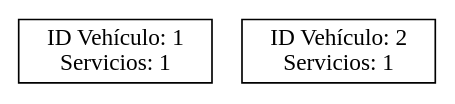
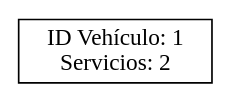
The diagram in Fase#1/Graficas/Top5VehiculosmasServicio.dot (Farot30/-EDD-1S2025_202307820), drawn with Graphviz before and after one commit. The commit also changed 18 other files, not shown here.

```diff
--- a/Fase#1/Graficas/Top5VehiculosmasServicio.dot
+++ b/Fase#1/Graficas/Top5VehiculosmasServicio.dot
@@ -1,6 +1,5 @@
 digraph G {
 rankdir=TB;
 node [shape=record];
-"Vehiculo_1" [label="ID Vehículo: 1\nServicios: 1"];
-"Vehiculo_2" [label="ID Vehículo: 2\nServicios: 1"];
+"Vehiculo_1" [label="ID Vehículo: 1\nServicios: 2"];
 }
```
